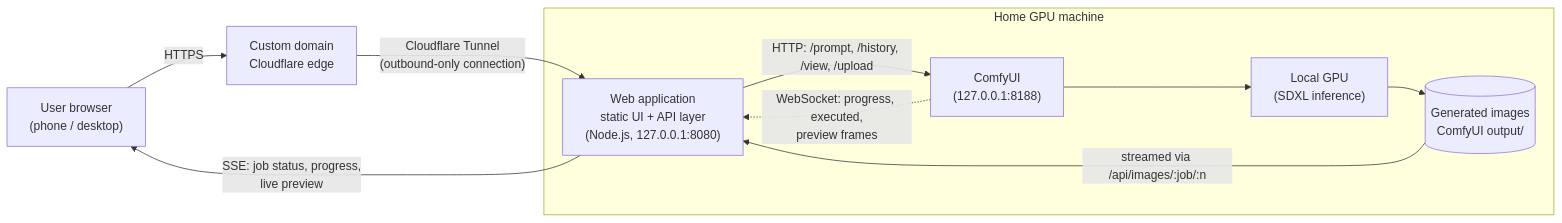
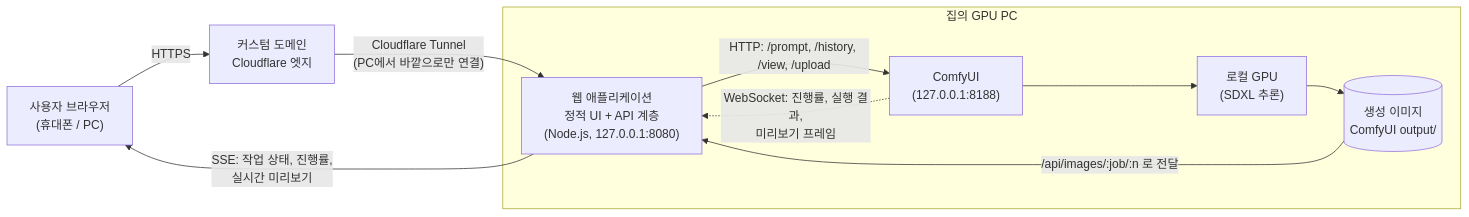
Before and after one commit to Bong0524/comfyui-mobile-studio: the first of 2 diagrams in README.md, drawn with Mermaid. The commit also changed other lines of this file and 4 other files, not shown here.

````diff
--- a/README.md
+++ b/README.md
@@ -21,16 +23,16 @@
 ```mermaid
 flowchart LR
-    U["User browser<br/>(phone / desktop)"] -->|HTTPS| CF["Custom domain<br/>Cloudflare edge"]
-    CF -->|"Cloudflare Tunnel<br/>(outbound-only connection)"| APP
+    U["사용자 브라우저<br/>(휴대폰 / PC)"] -->|HTTPS| CF["커스텀 도메인<br/>Cloudflare 엣지"]
+    CF -->|"Cloudflare Tunnel<br/>(PC에서 바깥으로만 연결)"| APP
 
-    subgraph HOST["Home GPU machine"]
-        APP["Web application<br/>static UI + API layer<br/>(Node.js, 127.0.0.1:8080)"]
+    subgraph HOST["집의 GPU PC"]
+        APP["웹 애플리케이션<br/>정적 UI + API 계층<br/>(Node.js, 127.0.0.1:8080)"]
         APP -->|"HTTP: /prompt, /history, /view, /upload"| COMFY["ComfyUI<br/>(127.0.0.1:8188)"]
-        COMFY -.->|"WebSocket: progress, executed,<br/>preview frames"| APP
-        COMFY --> GPU["Local GPU<br/>(SDXL inference)"]
-        GPU --> IMG[("Generated images<br/>ComfyUI output/")]
+        COMFY -.->|"WebSocket: 진행률, 실행 결과,<br/>미리보기 프레임"| APP
+        COMFY --> GPU["로컬 GPU<br/>(SDXL 추론)"]
+        GPU --> IMG[("생성 이미지<br/>ComfyUI output/")]
     end
 
-    APP -->|"SSE: job status, progress,<br/>live preview"| U
-    IMG -->|"streamed via /api/images/:job/:n"| APP
+    APP -->|"SSE: 작업 상태, 진행률,<br/>실시간 미리보기"| U
+    IMG -->|"/api/images/:job/:n 로 전달"| APP
 ```
````
